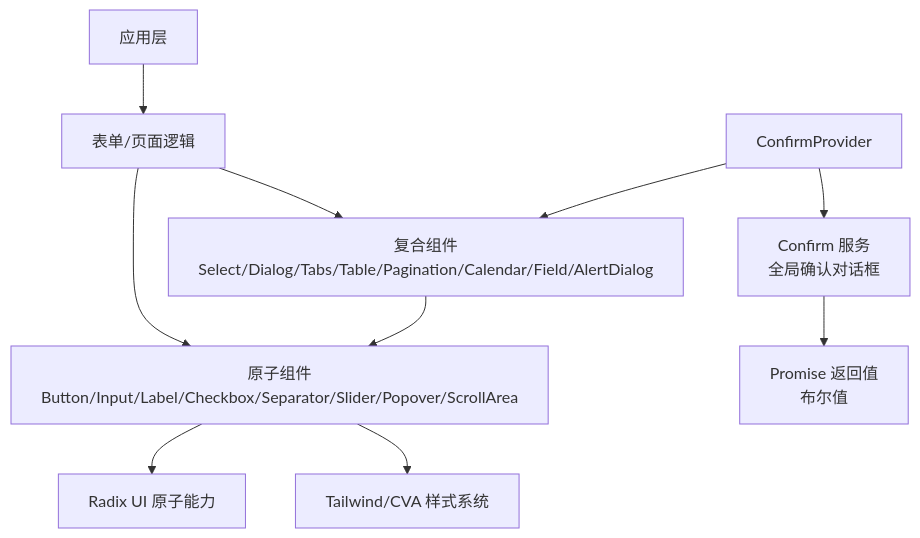
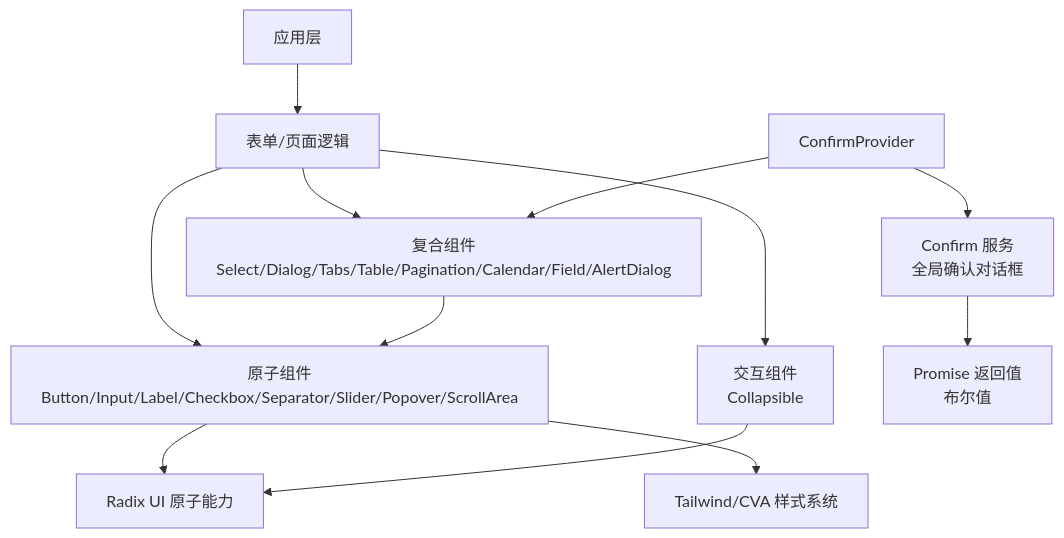
Before and after one commit to RadiumAg/AIGate: the second of 3 diagrams in .qoder/repowiki/zh/content/前端组件/UI 组件库.md, drawn with Mermaid. The commit also changed other lines of this file and 7 other files, not shown here.

````diff
--- a/.qoder/repowiki/zh/content/前端组件/UI 组件库.md
+++ b/.qoder/repowiki/zh/content/前端组件/UI 组件库.md
@@ -154,12 +161,14 @@
 ```mermaid
 graph TB
 A["应用层"] --> B["表单/页面逻辑"]
 B --> C["复合组件<br/>Select/Dialog/Tabs/Table/Pagination/Calendar/Field/AlertDialog"]
 B --> D["原子组件<br/>Button/Input/Label/Checkbox/Separator/Slider/Popover/ScrollArea"]
+B --> E["交互组件<br/>Collapsible"]
 C --> D
-D --> E["Radix UI 原子能力"]
-D --> F["Tailwind/CVA 样式系统"]
-G["ConfirmProvider"] --> C
-G --> H["Confirm 服务<br/>全局确认对话框"]
-H --> I["Promise 返回值<br/>布尔值"]
+D --> F["Radix UI 原子能力"]
+D --> G["Tailwind/CVA 样式系统"]
+H["ConfirmProvider"] --> C
+H --> I["Confirm 服务<br/>全局确认对话框"]
+I --> J["Promise 返回值<br/>布尔值"]
+E --> F
 ```
````
